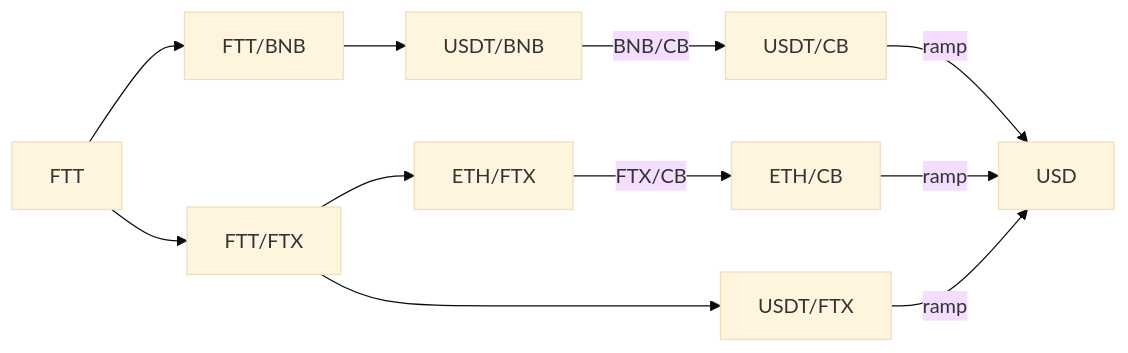
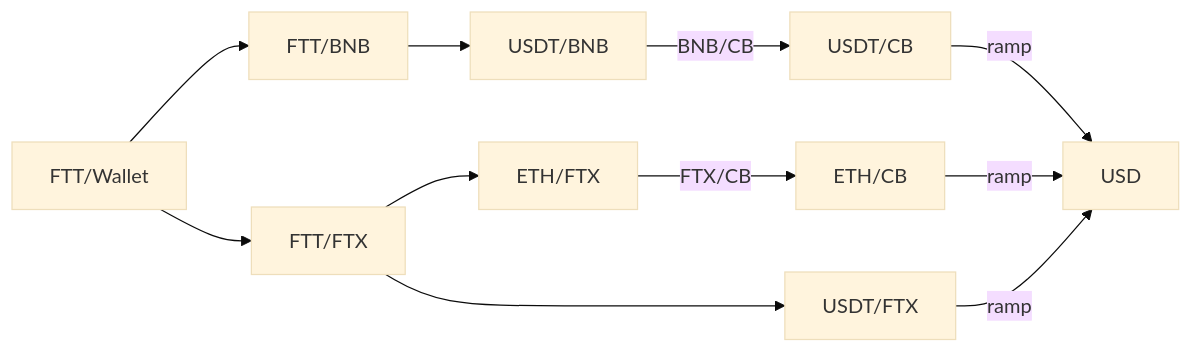
The second of 2 diagrams in ubuntu_os.md (Ramzgate/node_setup), drawn with Mermaid (base theme) before and after one commit.

Commit message:
ubuntu install instructions

````diff
--- a/ubuntu_os.md
+++ b/ubuntu_os.md
@@ -78,13 +78,13 @@
 ```mermaid
 graph LR
-  A[FTT] --> B[FTT/BNB]
+  A[FTT/Wallet] --> B[FTT/BNB]
   B --> C[USDT/BNB]
   C -->|BNB/CB| D[USDT/CB]
   D -->|ramp| E[USD]
   A --> F[FTT/FTX]
   F --> G[ETH/FTX]
   G --> |FTX/CB| H[ETH/CB]
   H -->|ramp| E
   F --> I[USDT/FTX]
   I -->|ramp| E
 ```
````
